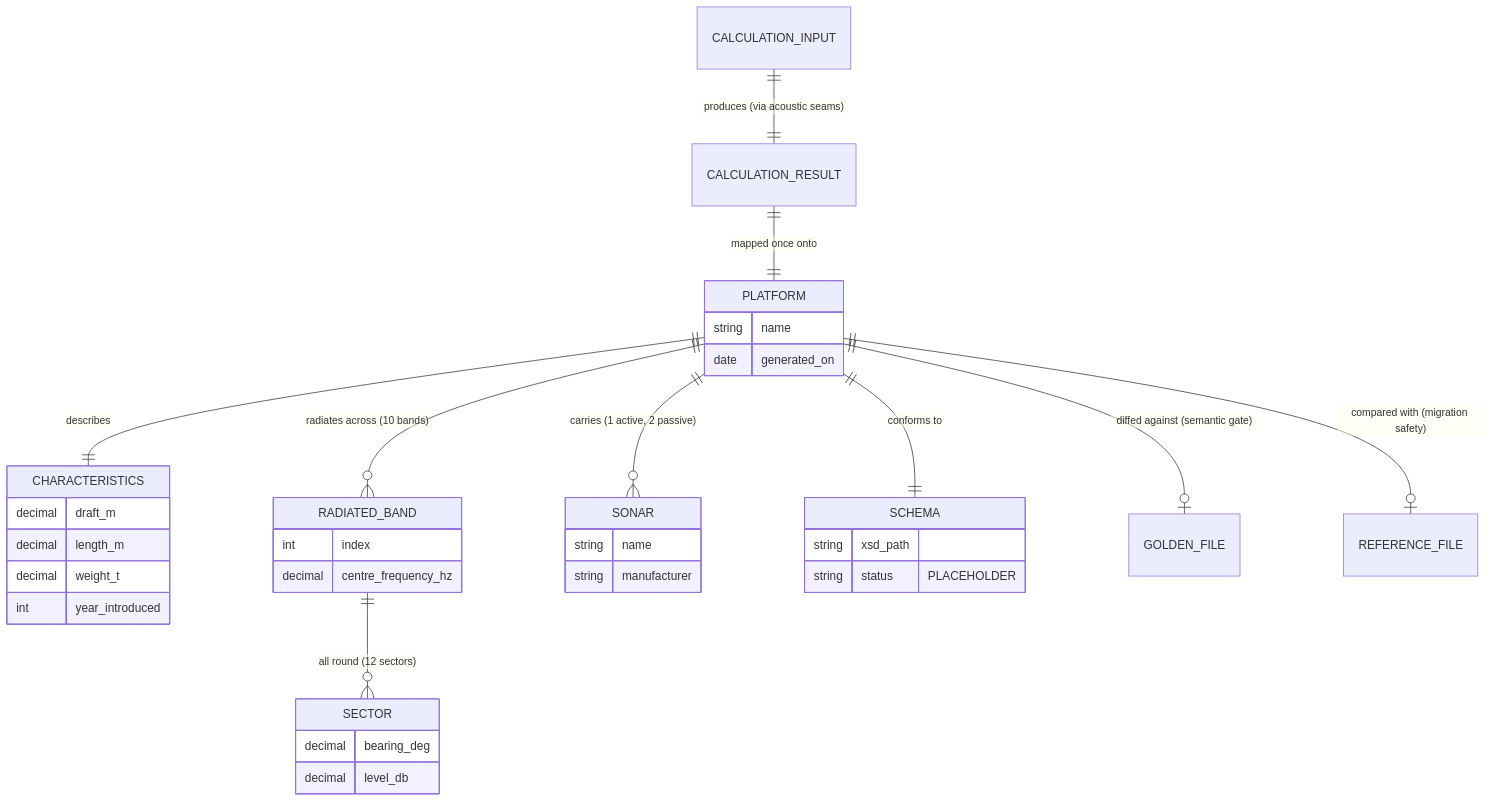
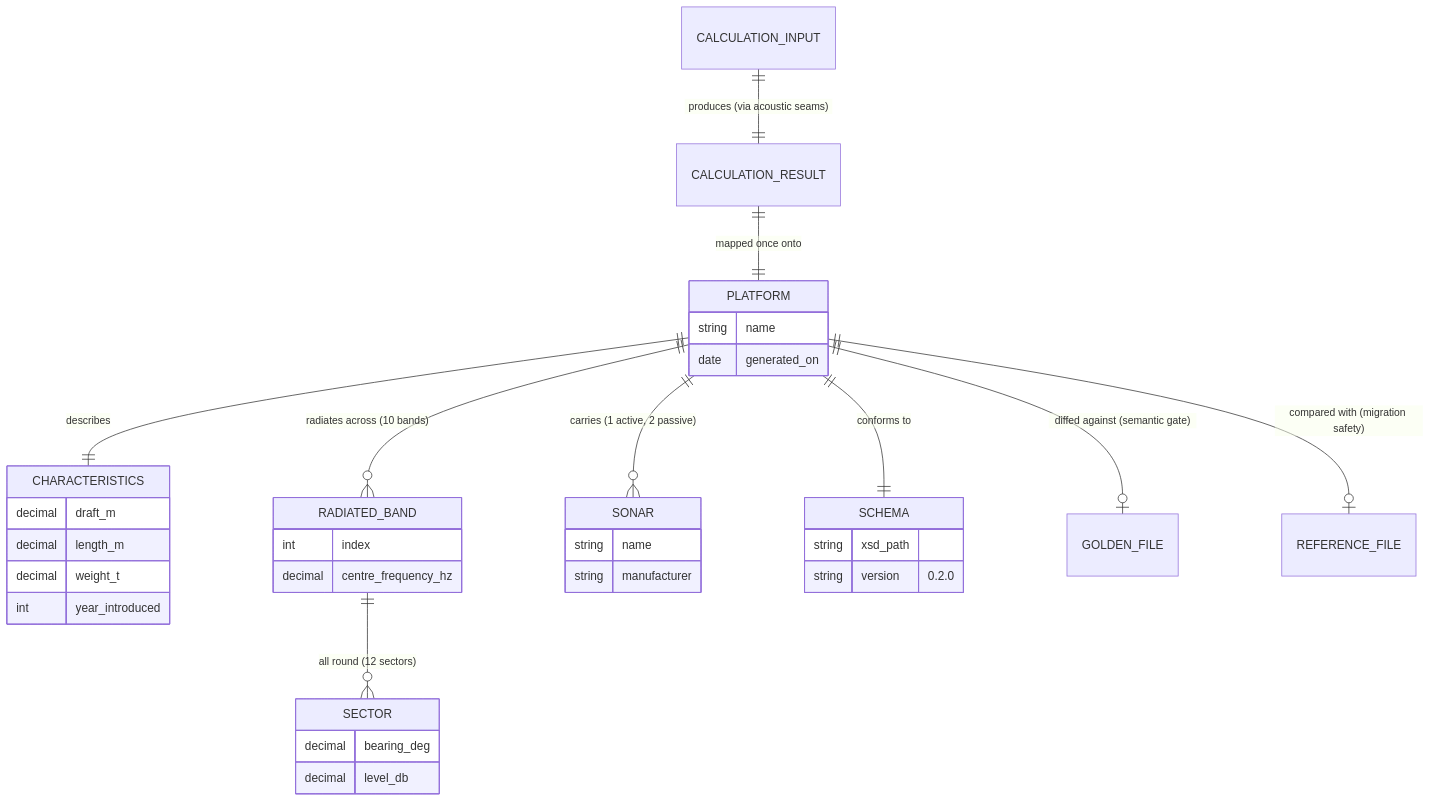
The second of 2 diagrams in docs/concepts/pipeline-data-flow.md (DeepBlueCLtd/python-party), drawn with Mermaid before and after one commit. The commit also changed other lines of this file and 24 other files, not shown here.

First line of the commit message:
docs+schema: adopt the schema as the real contract; drop the swap task (T033)

````diff
--- a/docs/concepts/pipeline-data-flow.md
+++ b/docs/concepts/pipeline-data-flow.md
@@ -37,39 +37,39 @@
 ```mermaid
 erDiagram
     CALCULATION_INPUT ||--|| CALCULATION_RESULT : "produces (via acoustic seams)"
     CALCULATION_RESULT ||--|| PLATFORM : "mapped once onto"
     PLATFORM ||--|| CHARACTERISTICS : describes
     PLATFORM ||--o{ RADIATED_BAND : "radiates across (10 bands)"
     RADIATED_BAND ||--o{ SECTOR : "all round (12 sectors)"
     PLATFORM ||--o{ SONAR : "carries (1 active, 2 passive)"
     PLATFORM ||--|| SCHEMA : "conforms to"
     PLATFORM ||--o| GOLDEN_FILE : "diffed against (semantic gate)"
     PLATFORM ||--o| REFERENCE_FILE : "compared with (migration safety)"
 
     PLATFORM {
         string name
         date generated_on
     }
     CHARACTERISTICS {
         decimal draft_m
         decimal length_m
         decimal weight_t
         int year_introduced
     }
     RADIATED_BAND {
         int index
         decimal centre_frequency_hz
     }
     SECTOR {
         decimal bearing_deg
         decimal level_db
     }
     SONAR {
         string name
         string manufacturer
     }
     SCHEMA {
         string xsd_path
-        string status "PLACEHOLDER"
+        string version "0.2.0"
     }
 ```
````
